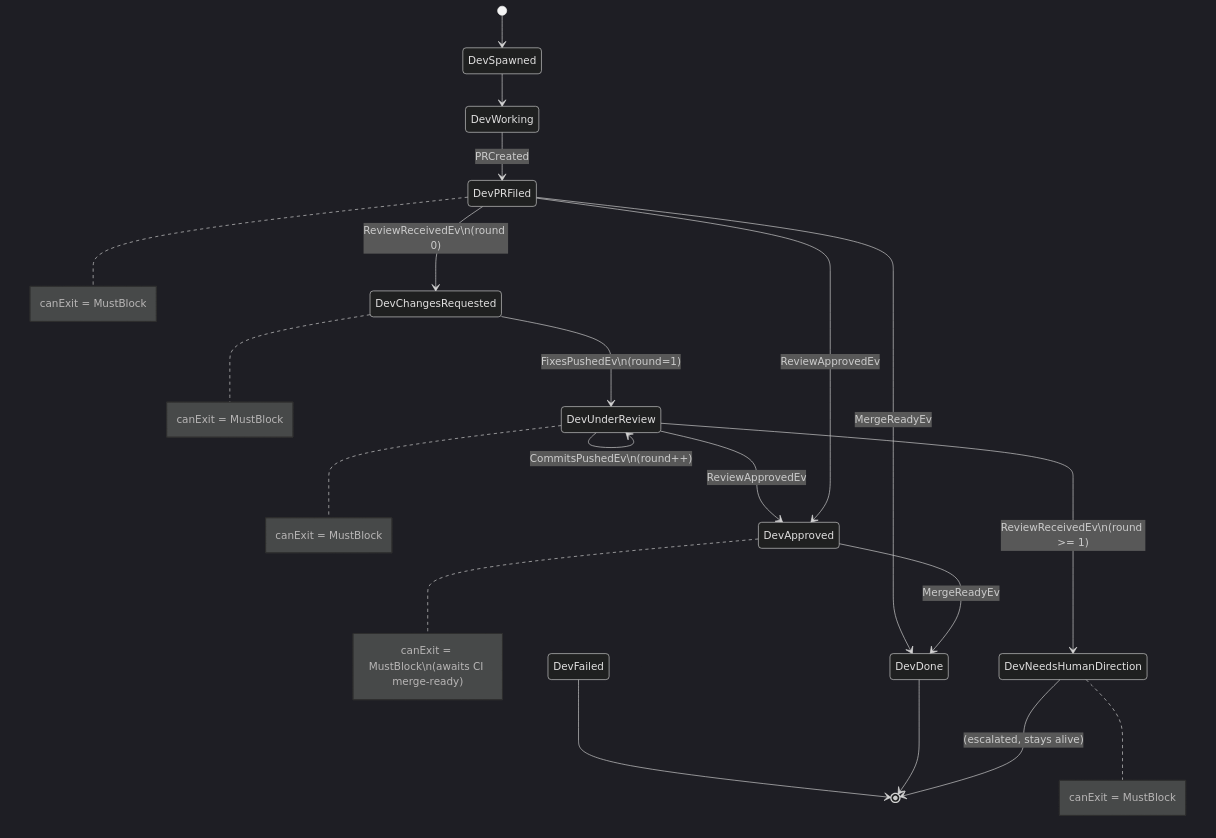
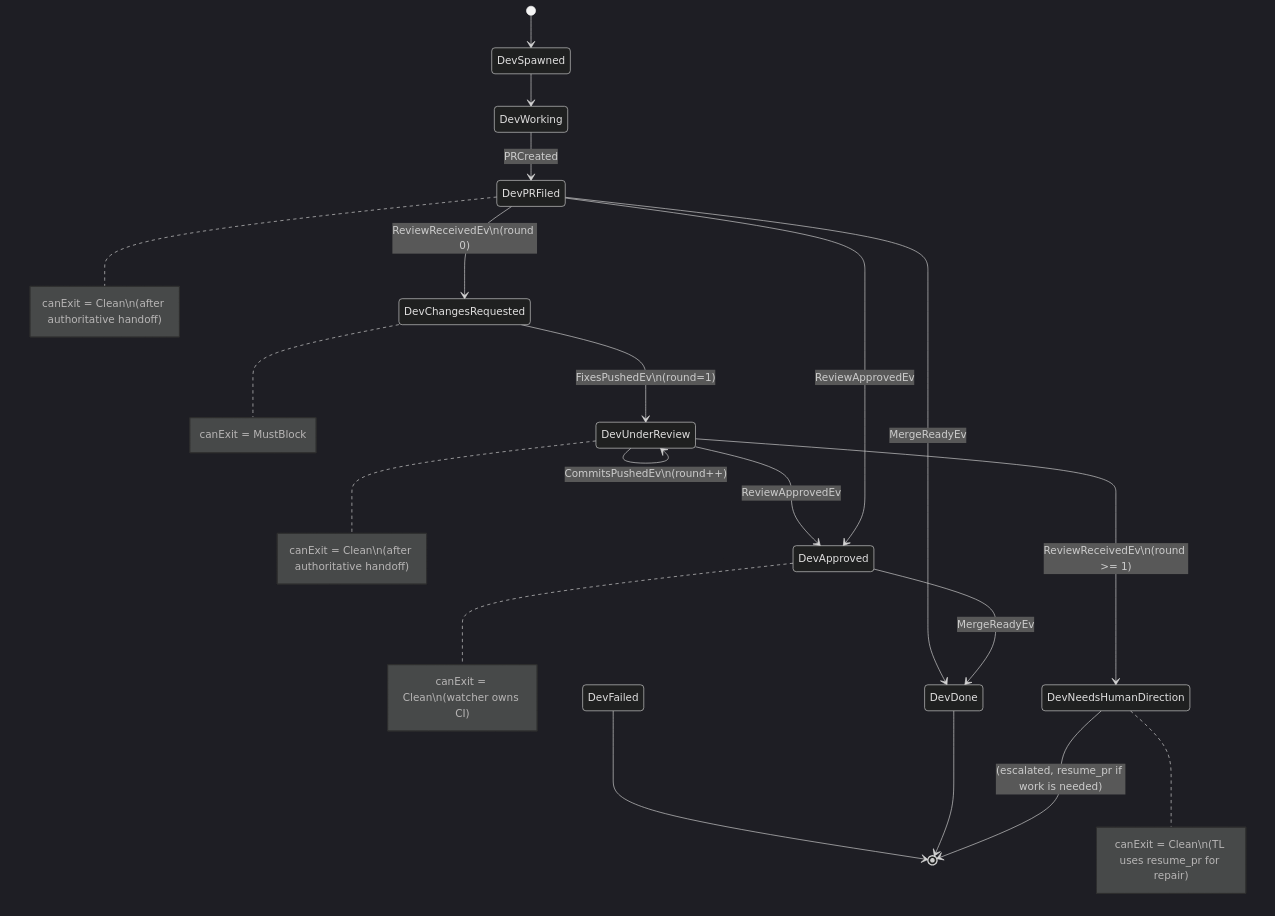
The third of 8 diagrams in docs/architecture/agent-system.md (nanonite/exomonad), drawn with Mermaid (dark theme) before and after one commit. The commit also changed other lines of this file and 17 other files, not shown here.

````diff
--- a/docs/architecture/agent-system.md
+++ b/docs/architecture/agent-system.md
@@ -183,23 +183,23 @@
 ```mermaid
 stateDiagram-v2
   [*] --> DevSpawned
   DevSpawned --> DevWorking
   DevWorking --> DevPRFiled: PRCreated
   DevPRFiled --> DevChangesRequested: ReviewReceivedEv\n(round 0)
   DevPRFiled --> DevApproved: ReviewApprovedEv
   DevChangesRequested --> DevUnderReview: FixesPushedEv\n(round=1)
   DevUnderReview --> DevUnderReview: CommitsPushedEv\n(round++)
   DevUnderReview --> DevApproved: ReviewApprovedEv
   DevUnderReview --> DevNeedsHumanDirection: ReviewReceivedEv\n(round >= 1)
   DevApproved --> DevDone: MergeReadyEv
   DevPRFiled --> DevDone: MergeReadyEv
-  DevNeedsHumanDirection --> [*]: (escalated, stays alive)
+  DevNeedsHumanDirection --> [*]: (escalated, resume_pr if work is needed)
   DevDone --> [*]
   DevFailed --> [*]
 
   note right of DevChangesRequested: canExit = MustBlock
-  note right of DevPRFiled: canExit = MustBlock
-  note right of DevUnderReview: canExit = MustBlock
-  note right of DevApproved: canExit = MustBlock\n(awaits CI merge-ready)
-  note right of DevNeedsHumanDirection: canExit = MustBlock
+  note right of DevPRFiled: canExit = Clean\n(after authoritative handoff)
+  note right of DevUnderReview: canExit = Clean\n(after authoritative handoff)
+  note right of DevApproved: canExit = Clean\n(watcher owns CI)
+  note right of DevNeedsHumanDirection: canExit = Clean\n(TL uses resume_pr for repair)
 ```
````
